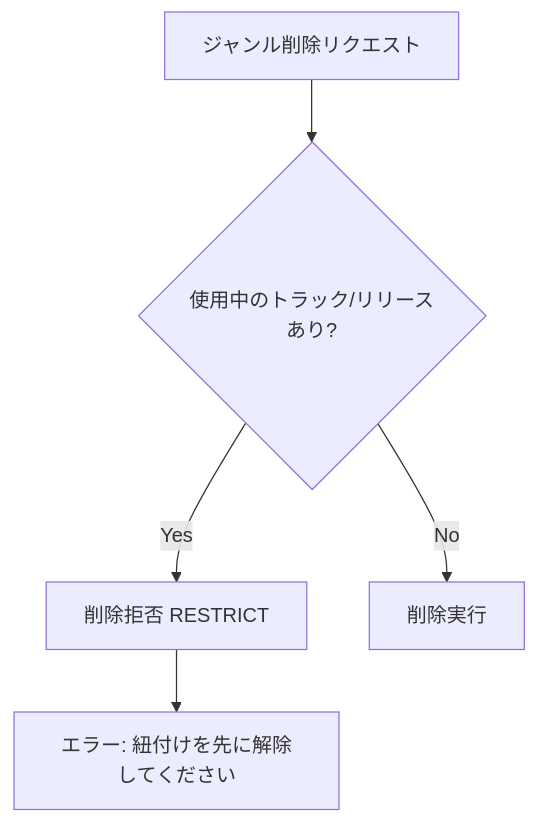
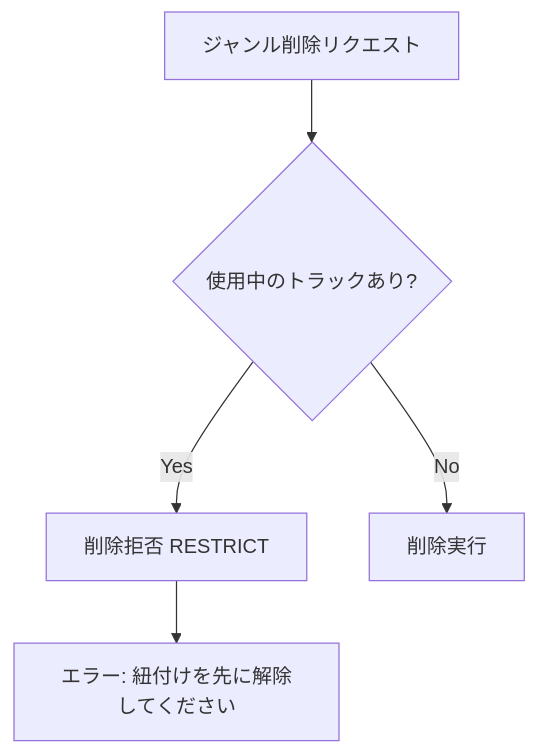
Before and after one commit to shiroemons/thac: the fifth of 5 diagrams in docs/specs/genre/README.md, drawn with Mermaid. The commit also changed other lines of this file and 9 other files, not shown here.

````diff
--- a/docs/specs/genre/README.md
+++ b/docs/specs/genre/README.md
@@ -447,7 +410,7 @@
 ```mermaid
 graph TD
-    A[ジャンル削除リクエスト] --> B{使用中のトラック/リリースあり?}
+    A[ジャンル削除リクエスト] --> B{使用中のトラックあり?}
     B -->|Yes| C[削除拒否 RESTRICT]
     B -->|No| D[削除実行]
     C --> E[エラー: 紐付けを先に解除してください]
 ```
````
